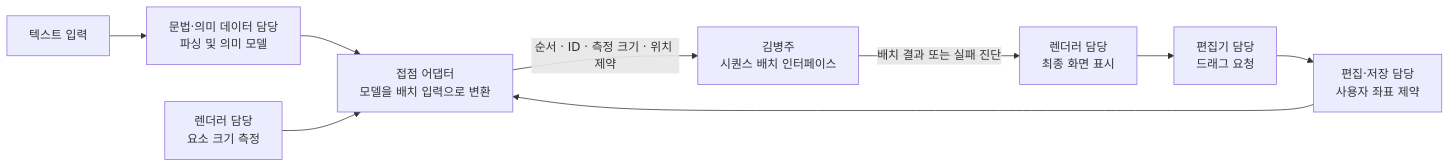
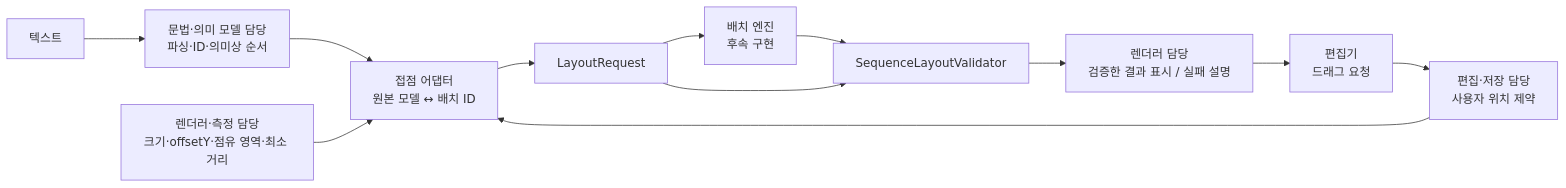
One commit to rlaqudwn1/SE2_UML changed the first of 2 diagrams in docs/INTERFACE_INTEGRATION.md. Above: the diagram before and after it, drawn with Mermaid. The commit also changed other lines of this file and 8 other files, not shown here.

Commit message:
feat: strengthen sequence layout contracts and independent validation

````diff
--- a/docs/INTERFACE_INTEGRATION.md
+++ b/docs/INTERFACE_INTEGRATION.md
@@ -7,11 +9,14 @@
 ```mermaid
 flowchart LR
-    T["텍스트 입력"] --> P["문법·의미 데이터 담당<br/>파싱 및 의미 모델"]
-    P --> A["접점 어댑터<br/>모델을 배치 입력으로 변환"]
-    M["렌더러 담당<br/>요소 크기 측정"] --> A
-    S["편집·저장 담당<br/>사용자 좌표 제약"] --> A
-    A -->|"순서 · ID · 측정 크기 · 위치 제약"| L["김병주<br/>시퀀스 배치 인터페이스"]
-    L -->|"배치 결과 또는 실패 진단"| R["렌더러 담당<br/>최종 화면 표시"]
-    R --> E["편집기 담당<br/>드래그 요청"]
+    T[텍스트] --> P["문법·의미 모델 담당<br/>파싱·ID·의미상 순서"]
+    P --> A["접점 어댑터<br/>원본 모델 ↔ 배치 ID"]
+    M["렌더러·측정 담당<br/>크기·offsetY·점유 영역·최소 거리"] --> A
+    S["편집·저장 담당<br/>사용자 위치 제약"] --> A
+    A --> Q[LayoutRequest]
+    Q --> L["배치 엔진<br/>후속 구현"]
+    L --> V[SequenceLayoutValidator]
+    Q --> V
+    V --> R["렌더러 담당<br/>검증한 결과 표시 / 실패 설명"]
+    R --> E["편집기<br/>드래그 요청"]
     E --> S
 ```
````
